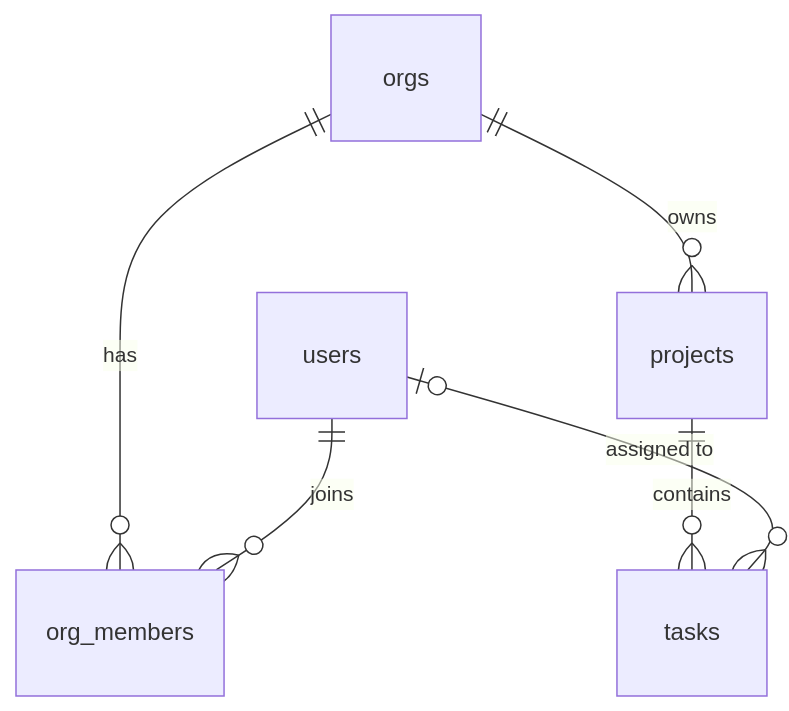
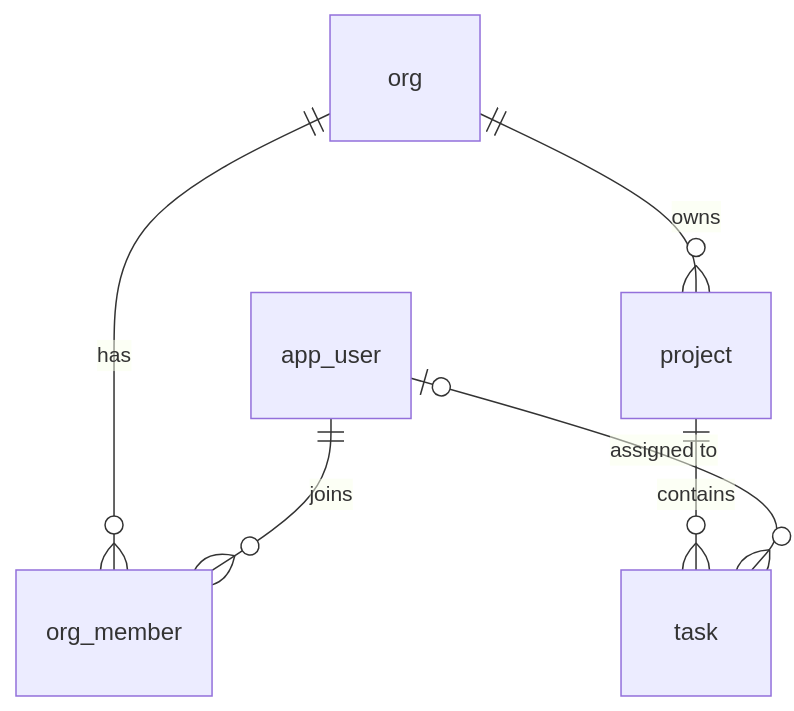
Before and after one commit to ncepu-iDealStudio/.ncepu_ideal-skills: the diagram in requirements_analysis/database-schema-designer/references/schema-templates.md, drawn with Mermaid. The commit also changed other lines of this file and 6 other files, not shown here.

Commit message:
修订database-schema-designer技能 1.主键命名规则使用: 表名_id 2.创建脚本时，暂时先不生成外键约束 3.表属性生成注释信息 4.状态位统一使用状态码，而不是枚举字段 5.时间从datatime，改为UTC格式

````diff
--- a/requirements_analysis/database-schema-designer/references/schema-templates.md
+++ b/requirements_analysis/database-schema-designer/references/schema-templates.md
@@ -235,8 +272,8 @@
 ```mermaid
 erDiagram
-  orgs ||--o{ org_members : has
-  users ||--o{ org_members : joins
-  orgs ||--o{ projects : owns
-  projects ||--o{ tasks : contains
-  users |o--o{ tasks : "assigned to"
+  org ||--o{ org_member : has
+  app_user ||--o{ org_member : joins
+  org ||--o{ project : owns
+  project ||--o{ task : contains
+  app_user |o--o{ task : "assigned to"
 ```
````
